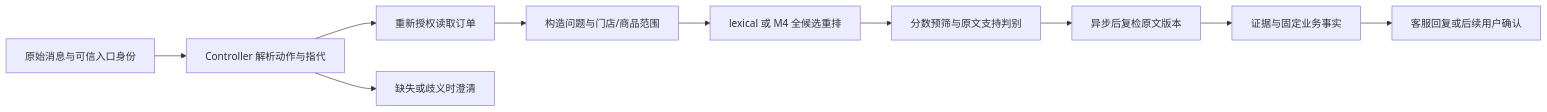
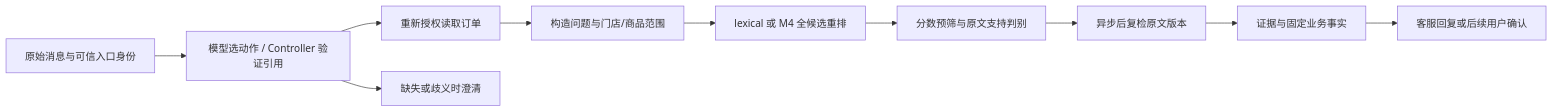
The diagram in docs/c1-implementation-results.md (erha1499/dave-agent), drawn with Mermaid before and after one commit. The commit also changed other lines of this file and 41 other files, not shown here.

````diff
--- a/docs/c1-implementation-results.md
+++ b/docs/c1-implementation-results.md
@@ -11,12 +11,12 @@
 ```mermaid
 flowchart LR
-    A[原始消息与可信入口身份] --> B[Controller 解析动作与指代]
+    A[原始消息与可信入口身份] --> B[模型选动作 / Controller 验证引用]
     B --> C[重新授权读取订单]
     B --> D[缺失或歧义时澄清]
     C --> E[构造问题与门店/商品范围]
     E --> F[lexical 或 M4 全候选重排]
     F --> G[分数预筛与原文支持判别]
     G --> H[异步后复检原文版本]
     H --> I[证据与固定业务事实]
     I --> J[客服回复或后续用户确认]
 ```
````
